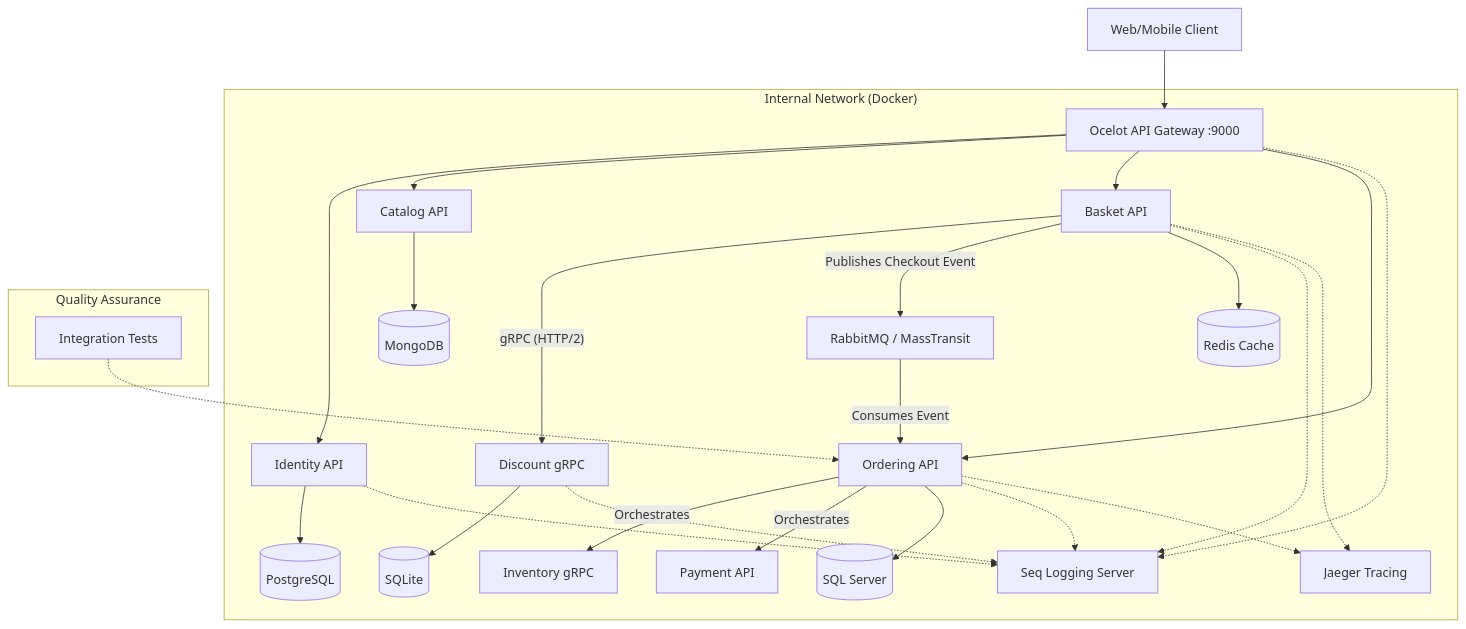
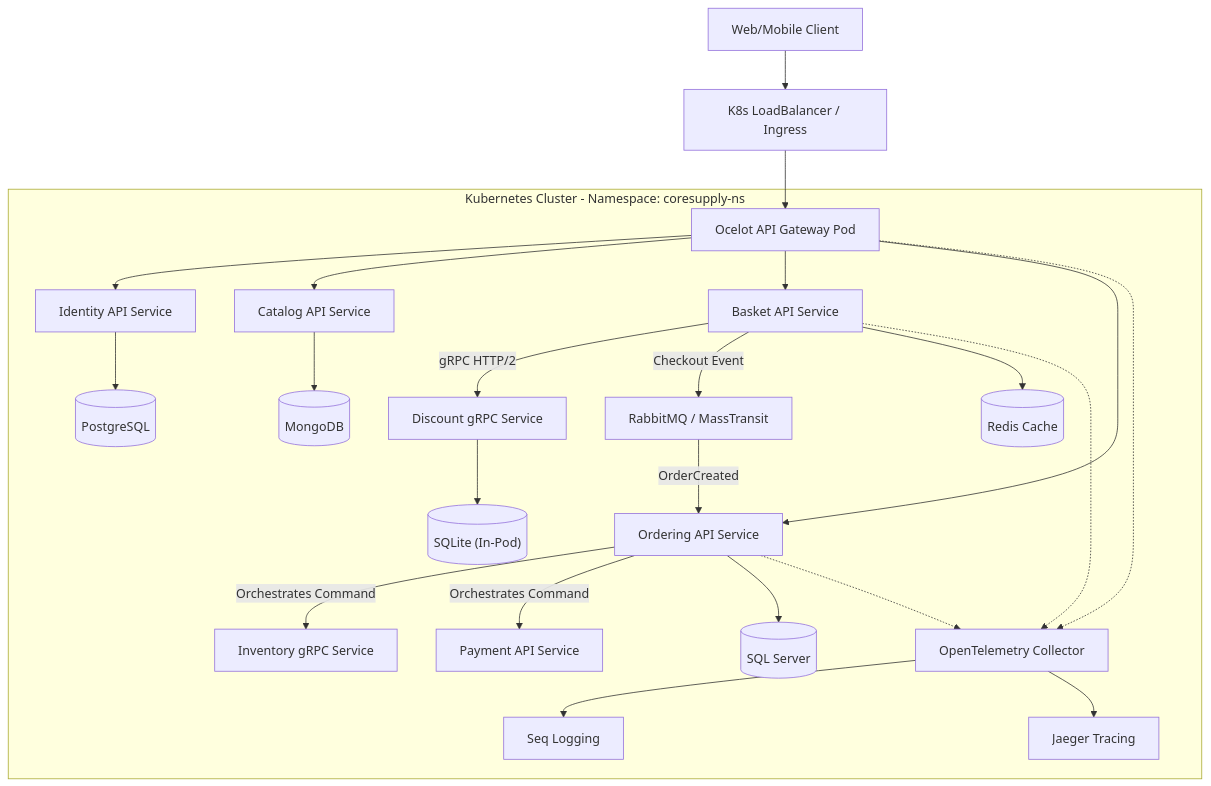
Before and after one commit to amirhosein2015/CoreSupply: the diagram in README.md, drawn with Mermaid. The commit also changed other lines of this file, not shown here.

First line of the commit message:
docs(readme): update deployment instructions and roadmap for k8s phase

````diff
--- a/README.md
+++ b/README.md
@@ -36,42 +38,36 @@
 ```mermaid
 graph TD
-    Client[Web/Mobile Client] --> Gateway[Ocelot API Gateway :9000]
+    Client[Web/Mobile Client] --> Ingress[K8s LoadBalancer / Ingress]
+    Ingress --> Gateway[Ocelot API Gateway Pod]
     
-    subgraph "Internal Network (Docker)"
-        Gateway --> Identity[Identity API]
-        Gateway --> Catalog[Catalog API]
-        Gateway --> Basket[Basket API]
-        Gateway --> Ordering[Ordering API]
+    subgraph "Kubernetes Cluster - Namespace: coresupply-ns"
+        Gateway --> Identity[Identity API Service]
+        Gateway --> Catalog[Catalog API Service]
+        Gateway --> Basket[Basket API Service]
+        Gateway --> Ordering[Ordering API Service]
         
         %% Synchronous Communication
-        Basket -- gRPC (HTTP/2) --> Discount[Discount gRPC]
-        Discount --> SQLite[(SQLite)]
+        Basket -- gRPC HTTP/2 --> Discount[Discount gRPC Service]
+        Discount --> SQLite[("SQLite (In-Pod)")]
 
-        %% Asynchronous Communication
-        Basket -- Publishes Checkout Event --> EventBus[RabbitMQ / MassTransit]
-        EventBus -- Consumes Event --> Ordering
-        Ordering -- Orchestrates --> Inventory[Inventory gRPC]
-        Ordering -- Orchestrates --> Payment[Payment API]
+        %% Asynchronous Communication Saga
+        Basket -- Checkout Event --> EventBus[RabbitMQ / MassTransit]
+        EventBus -- OrderCreated --> Ordering
+        Ordering -- Orchestrates Command --> Inventory[Inventory gRPC Service]
+        Ordering -- Orchestrates Command --> Payment[Payment API Service]
         
-        %% Data Stores
+        %% Data Infrastructure StatefulSets
         Identity --> AuthDB[(PostgreSQL)]
         Catalog --> CatDB[(MongoDB)]
         Basket --> Redis[(Redis Cache)]
         Ordering --> OrderDB[(SQL Server)]
         
-        %% Observability
-        Ordering -.-> Seq[Seq Logging Server]
-        Basket -.-> Seq
-        Identity -.-> Seq
-        Gateway -.-> Seq
-        Discount -.-> Seq
+        %% Observability Plane
+        Ordering -.-> Telemetry[OpenTelemetry Collector]
+        Basket -.-> Telemetry
+        Gateway -.-> Telemetry
         
-        %% Tracing
-        Ordering -.-> Jaeger[Jaeger Tracing]
-        Basket -.-> Jaeger
-    end
-    
-    subgraph "Quality Assurance"
-        Tests[Integration Tests] -.-> Ordering
+        Telemetry --> Seq[Seq Logging]
+        Telemetry --> Jaeger[Jaeger Tracing]
     end
 ```
````
